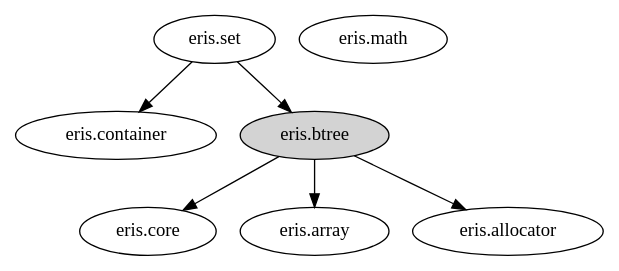
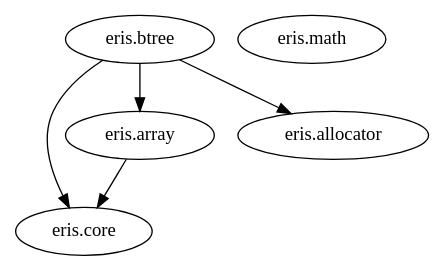
One commit to baioc/eris changed the diagram in deps.dot. Above: the diagram before and after it, drawn with Graphviz. The commit also changed 4 other files, not shown here.

Commit message:
Delete over-abstracted set and container modules

```diff
--- a/deps.dot
+++ b/deps.dot
@@ -1,22 +1,17 @@
 strict digraph eris {
 	rankdir="TB";
 
 	core [label="eris.core"];
 
+	array [label="eris.array"];
+	array -> core
+
 	math [label="eris.math"];
-
-	array [label="eris.array"];
-
-	container [label="eris.container"];
 
 	allocator [label="eris.allocator"];
 
-	btree [label="eris.btree", style="filled", fillcolor="lightgray"];
-	btree -> core;
+	btree [label="eris.btree"];
 	btree -> allocator;
 	btree -> array;
-
-	set [label="eris.set"];
-	set -> container;
-	set -> btree;
+	btree -> core;
 }
```
